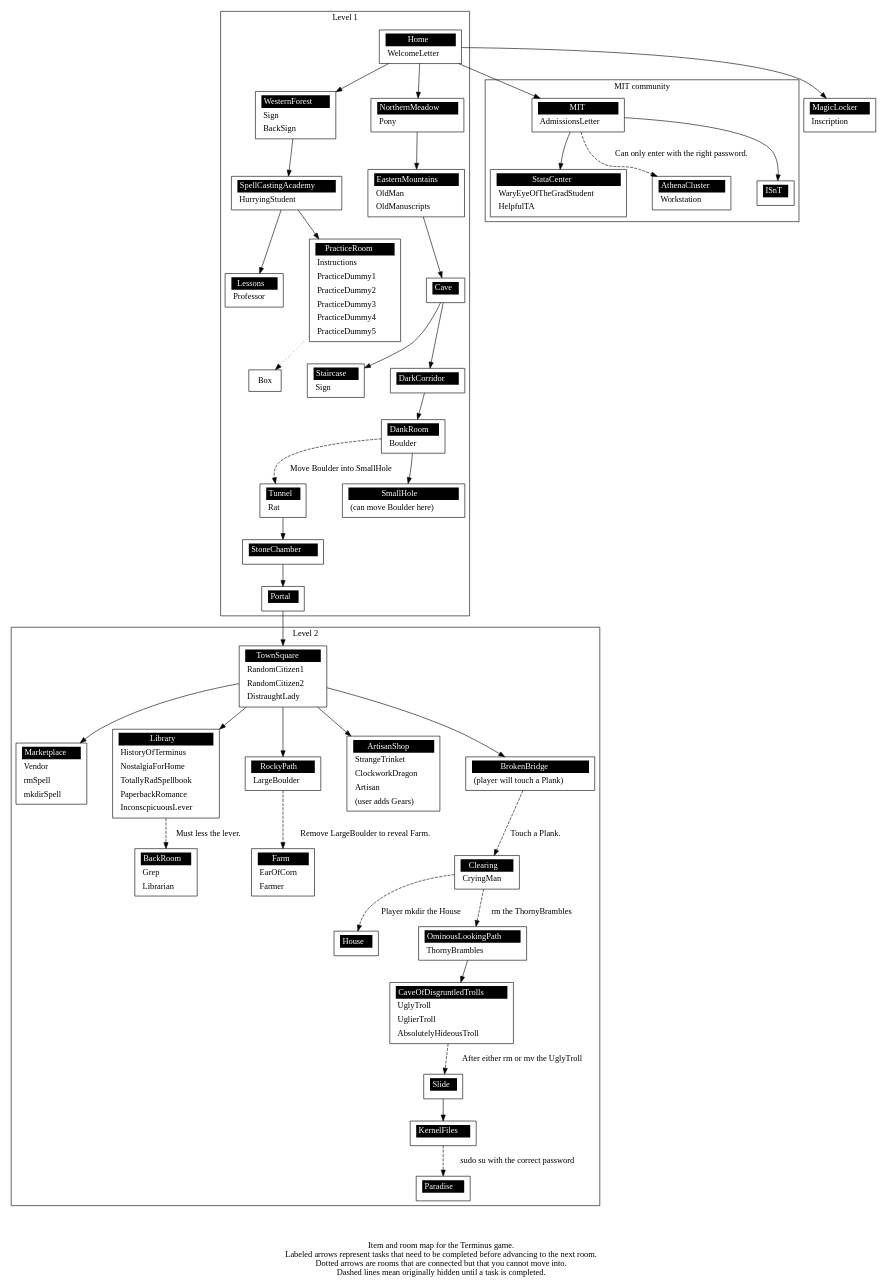
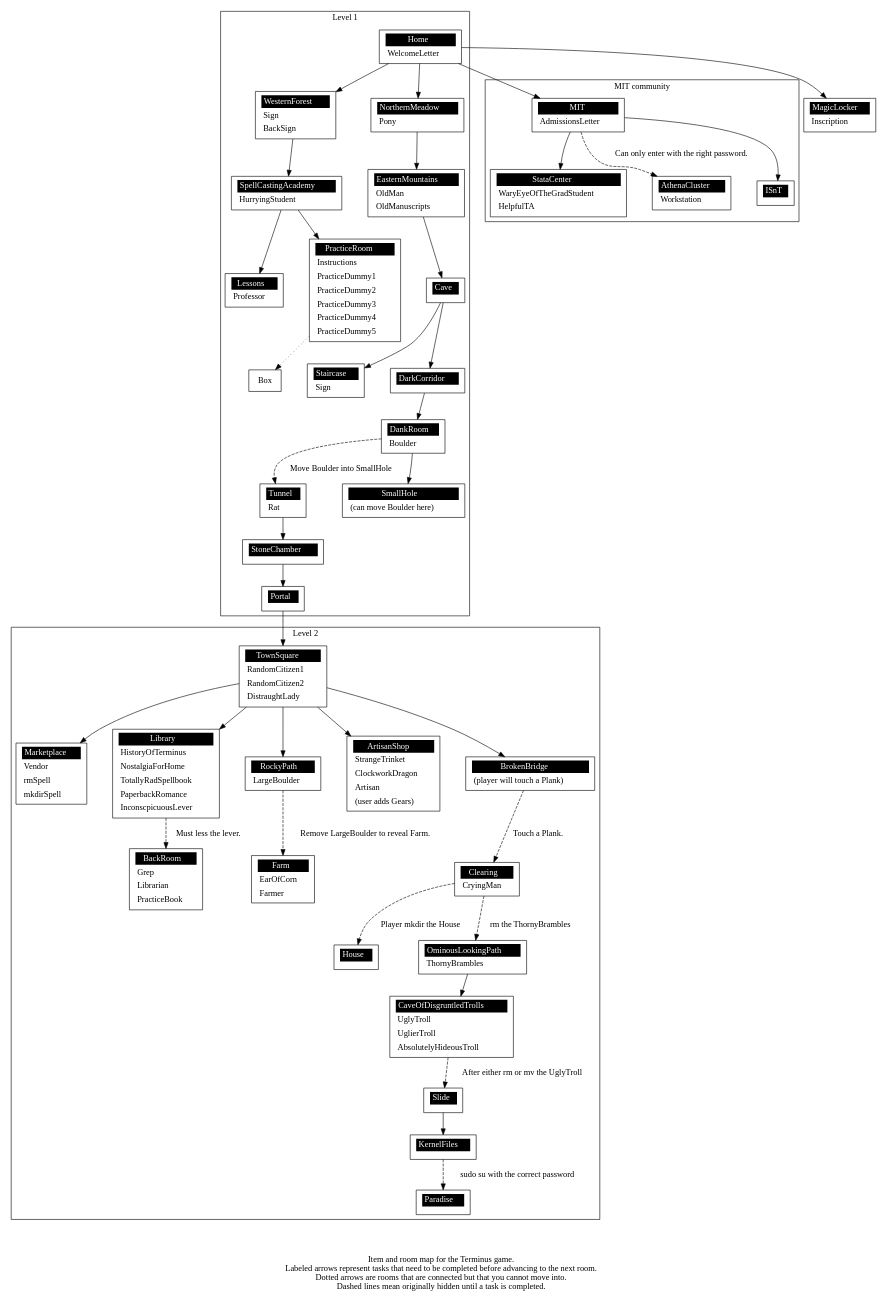
The diagram in docs/level_map.gv (mprat/Terminus), drawn with Graphviz before and after one commit. The commit also changed 3 other files, not shown here.

```diff
--- a/docs/level_map.gv
+++ b/docs/level_map.gv
@@ -142,6 +142,7 @@
 	<td bgcolor="black" align="center" colspan="2"><font color="white">BackRoom</font></td></tr>
 	<tr><td align="left" port="r0">Grep</td></tr>
 	<tr><td align="left" port="r1">Librarian</td></tr>
+	<tr><td align="left" port="r2">PracticeBook</td></tr>
 	</table>>];
 
 	"ArtisanShop" [label = 
```
